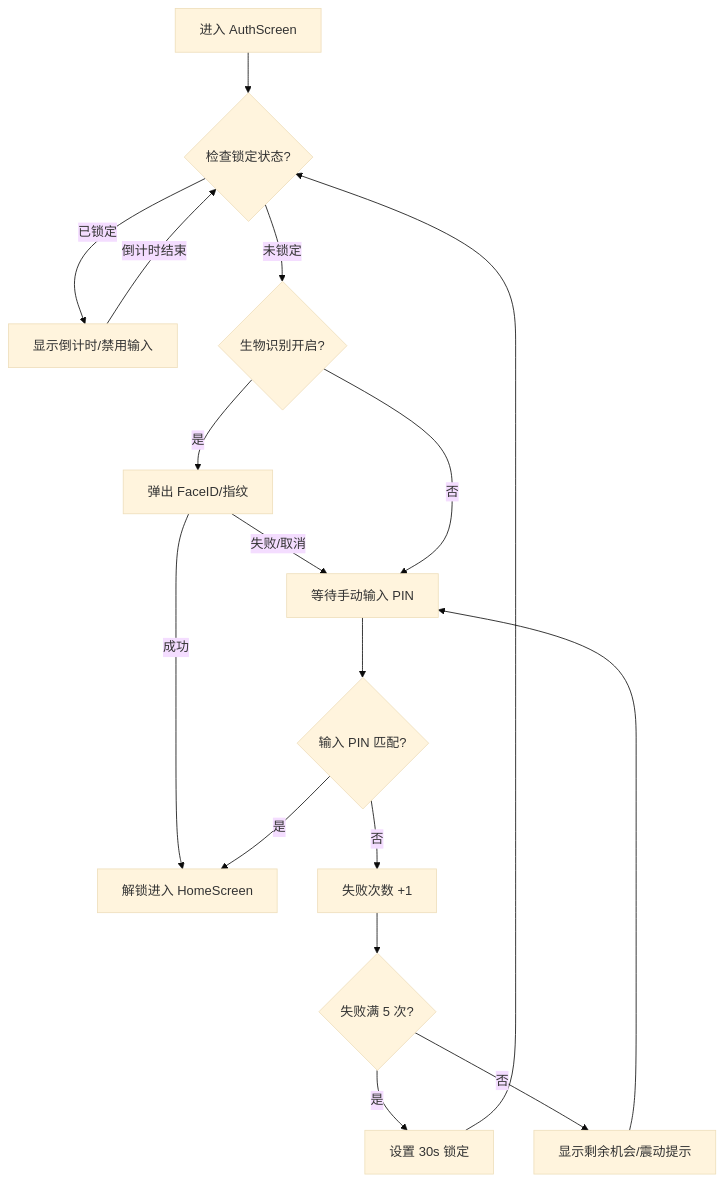
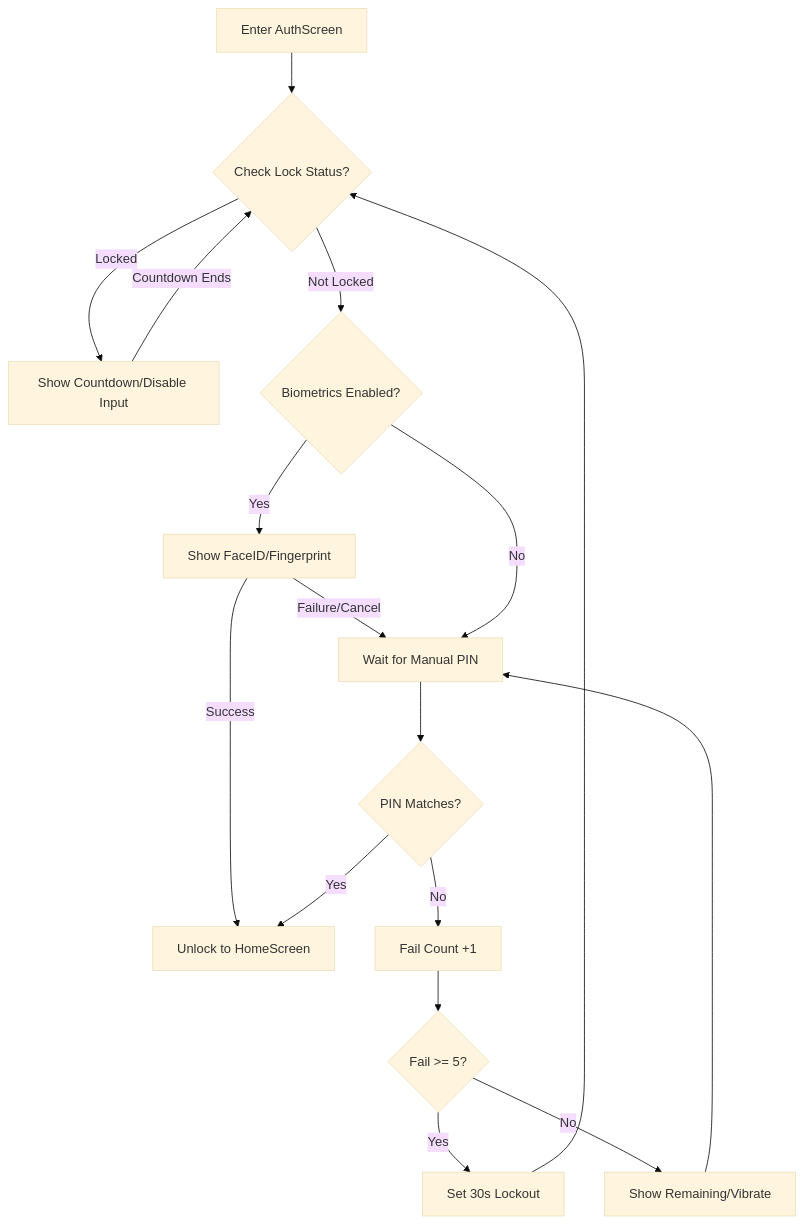
Before and after one commit to jiacai2050/flauth: the diagram in docs/auth.md, drawn with Mermaid (base theme). The commit also changed other lines of this file and 4 other files, not shown here.

````diff
--- a/docs/auth.md
+++ b/docs/auth.md
@@ -34,19 +34,19 @@
 ```mermaid
 graph TD
-    A[进入 AuthScreen] --> L{检查锁定状态?}
-    L -- 已锁定 --> M[显示倒计时/禁用输入]
-    M --> |倒计时结束| L
-    L -- 未锁定 --> B{生物识别开启?}
-    B -- 是 --> C[弹出 FaceID/指纹]
-    C -- 成功 --> D[解锁进入 HomeScreen]
-    C -- 失败/取消 --> E[等待手动输入 PIN]
-    B -- 否 --> E
-    E --> F{输入 PIN 匹配?}
-    F -- 是 --> D
-    F -- 否 --> G[失败次数 +1]
-    G --> H{失败满 5 次?}
-    H -- 是 --> I[设置 30s 锁定]
+    A[Enter AuthScreen] --> L{Check Lock Status?}
+    L -- Locked --> M[Show Countdown/Disable Input]
+    M --> |Countdown Ends| L
+    L -- Not Locked --> B{Biometrics Enabled?}
+    B -- Yes --> C[Show FaceID/Fingerprint]
+    C -- Success --> D[Unlock to HomeScreen]
+    C -- Failure/Cancel --> E[Wait for Manual PIN]
+    B -- No --> E
+    E --> F{PIN Matches?}
+    F -- Yes --> D
+    F -- No --> G[Fail Count +1]
+    G --> H{Fail >= 5?}
+    H -- Yes --> I[Set 30s Lockout]
     I --> L
-    H -- 否 --> J[显示剩余机会/震动提示]
+    H -- No --> J[Show Remaining/Vibrate]
     J --> E
 ```
````
